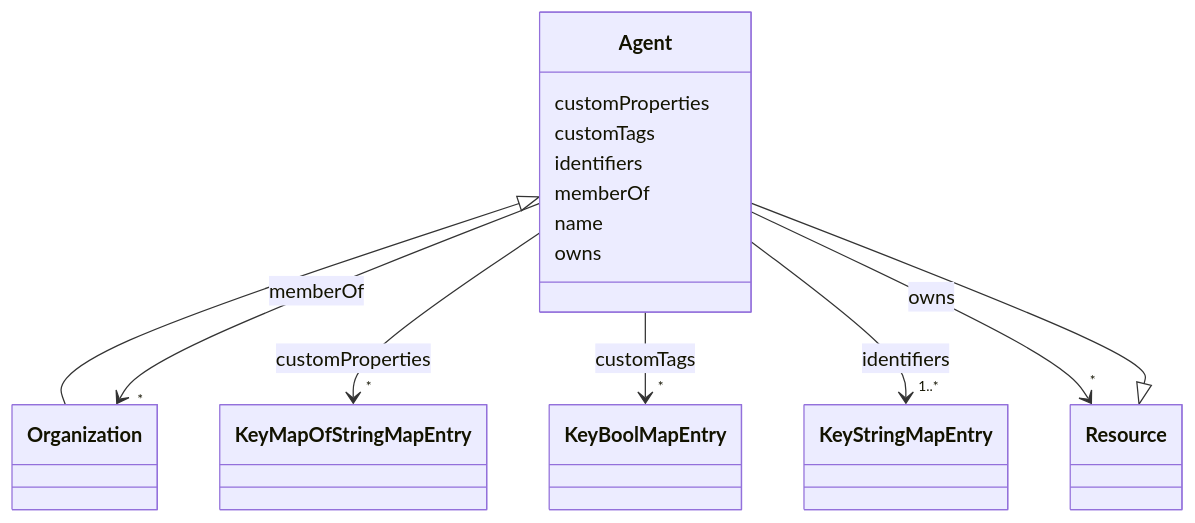
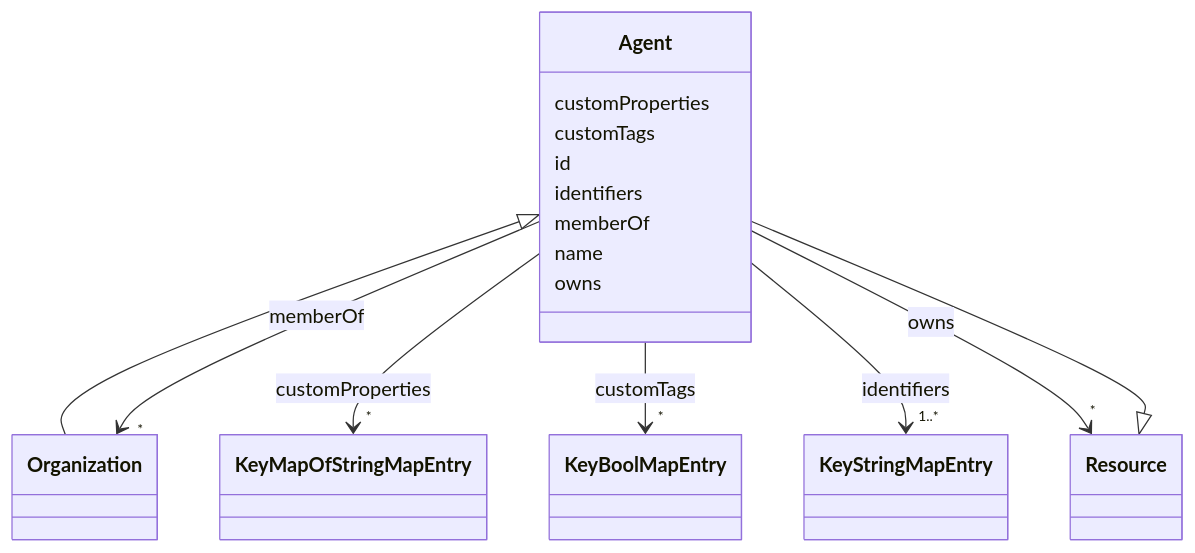
One commit to takashikasuya/smartbuiding_ontology changed the diagram in docs/Agent.md. Above: the diagram before and after it, drawn with Mermaid. The commit also changed other lines of this file and 101 other files, not shown here.

First line of the commit message:
Add documentation for Media and Schema classes, including slots and mappings

````diff
--- a/docs/Agent.md
+++ b/docs/Agent.md
@@ -18,71 +18,73 @@
 ```mermaid
  classDiagram
     class Agent
     click Agent href "../Agent/"
       Resource <|-- Agent
         click Resource href "../Resource/"
       
 
       Agent <|-- Organization
         click Organization href "../Organization/"
       
 
       Agent : customProperties
         
           
     
         
         
         Agent --> "*" KeyMapOfStringMapEntry : customProperties
         click KeyMapOfStringMapEntry href "../KeyMapOfStringMapEntry/"
     
 
         
       Agent : customTags
         
           
     
         
         
         Agent --> "*" KeyBoolMapEntry : customTags
         click KeyBoolMapEntry href "../KeyBoolMapEntry/"
     
 
+        
+      Agent : id
         
       Agent : identifiers
         
           
     
         
         
         Agent --> "1..*" KeyStringMapEntry : identifiers
         click KeyStringMapEntry href "../KeyStringMapEntry/"
     
 
         
       Agent : memberOf
         
           
     
         
         
         Agent --> "*" Organization : memberOf
         click Organization href "../Organization/"
     
 
         
       Agent : name
         
       Agent : owns
         
           
     
         
         
         Agent --> "*" Resource : owns
         click Resource href "../Resource/"
     
 
         
       
 ```
````
